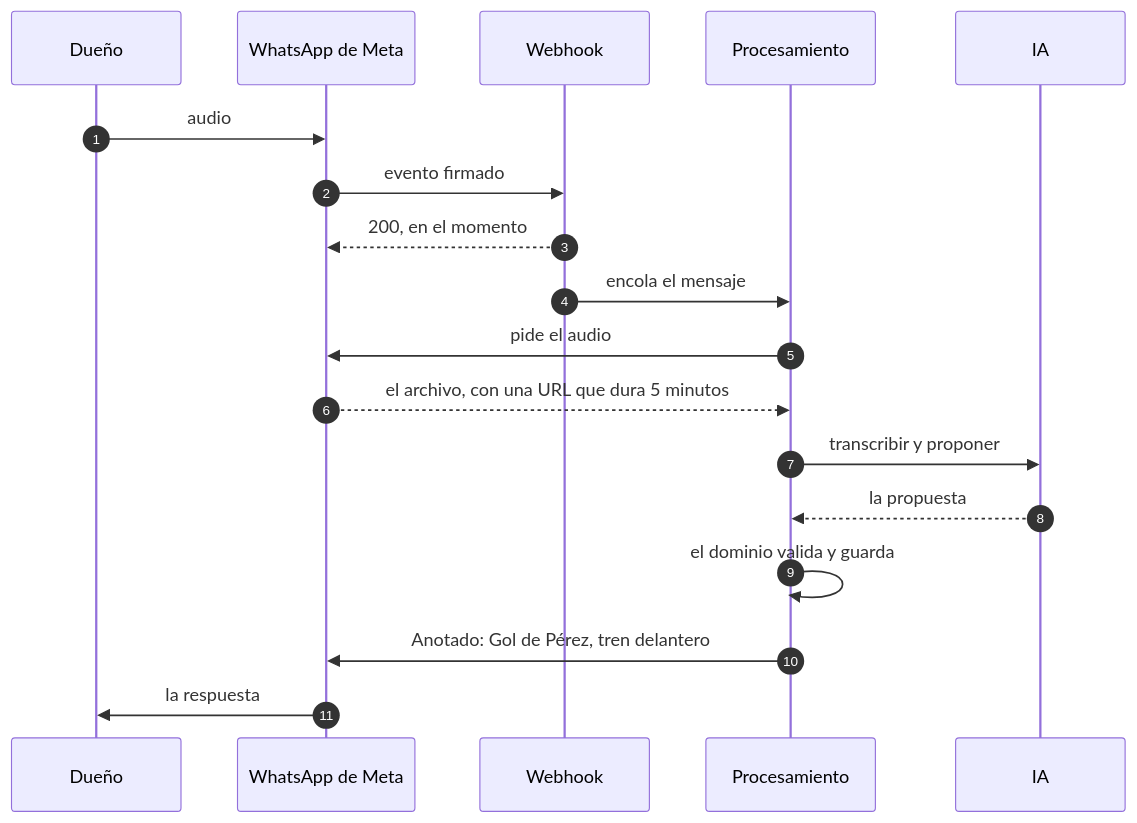
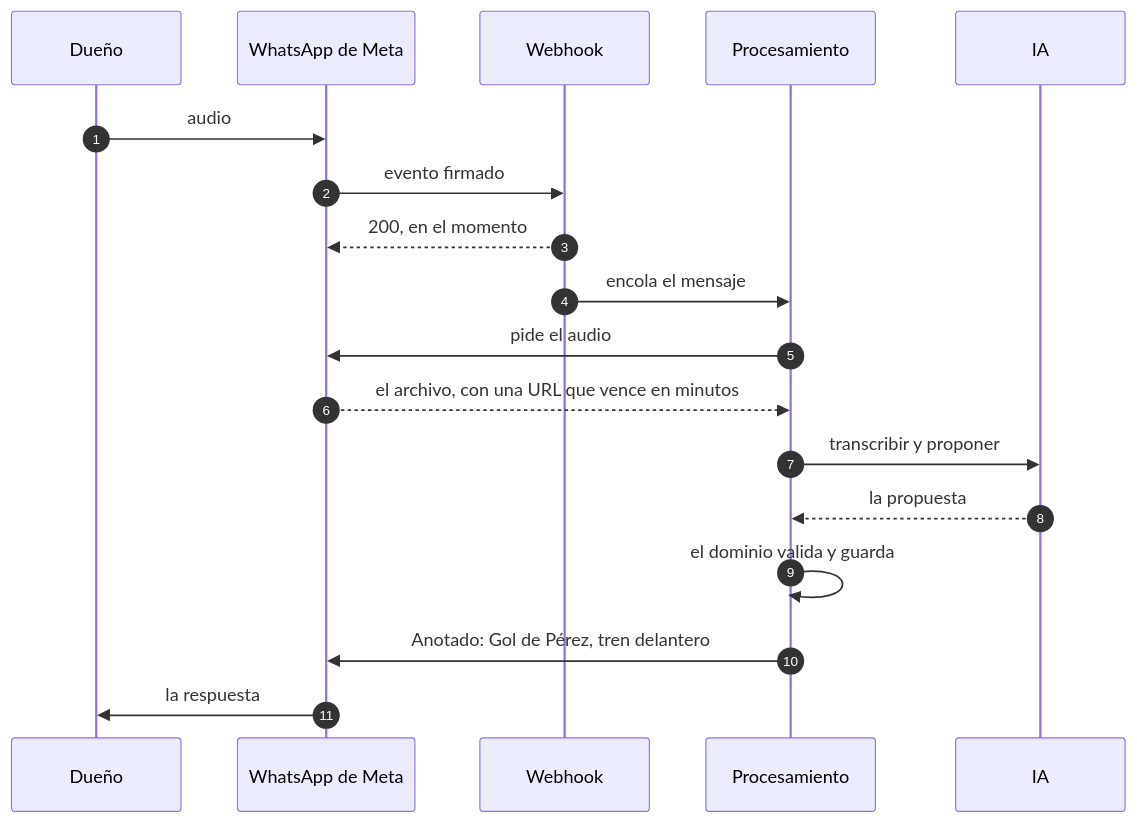
The third of 3 diagrams in docs/adr/0102-arquitectura-de-la-linea-whatsapp.md (ivandujaut/brainance-app), drawn with Mermaid before and after one commit. The commit also changed other lines of this file and 21 other files, not shown here.

````diff
--- a/docs/adr/0102-arquitectura-de-la-linea-whatsapp.md
+++ b/docs/adr/0102-arquitectura-de-la-linea-whatsapp.md
@@ -141,21 +143,21 @@
 ```mermaid
 sequenceDiagram
   autonumber
   participant D as Dueño
   participant M as WhatsApp de Meta
   participant W as Webhook
   participant F as Procesamiento
   participant IA as IA
 
   D->>M: audio
   M->>W: evento firmado
   W-->>M: 200, en el momento
   W->>F: encola el mensaje
   F->>M: pide el audio
-  M-->>F: el archivo, con una URL que dura 5 minutos
+  M-->>F: el archivo, con una URL que vence en minutos
   F->>IA: transcribir y proponer
   IA-->>F: la propuesta
   F->>F: el dominio valida y guarda
   F->>M: Anotado: Gol de Pérez, tren delantero
   M->>D: la respuesta
 ```
````
